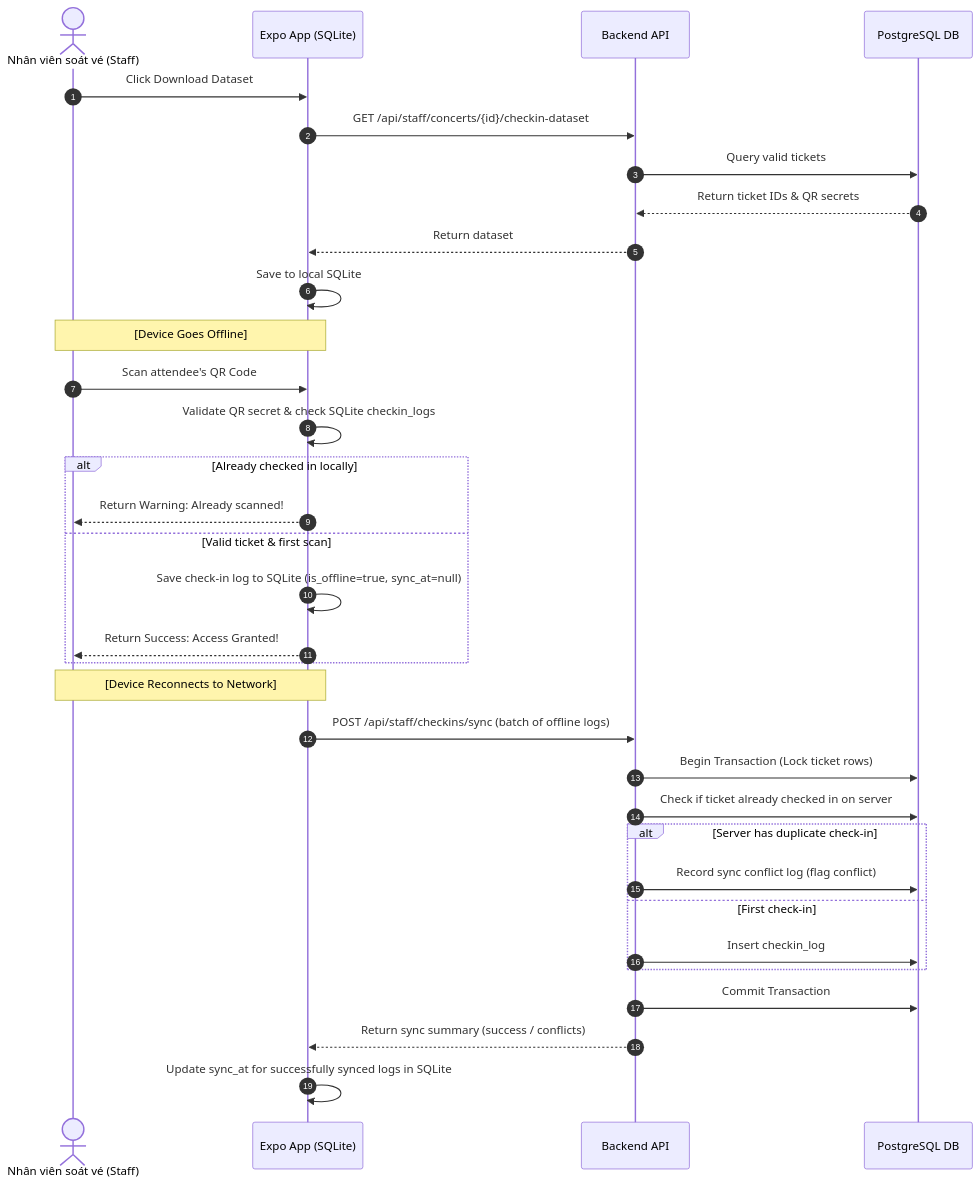
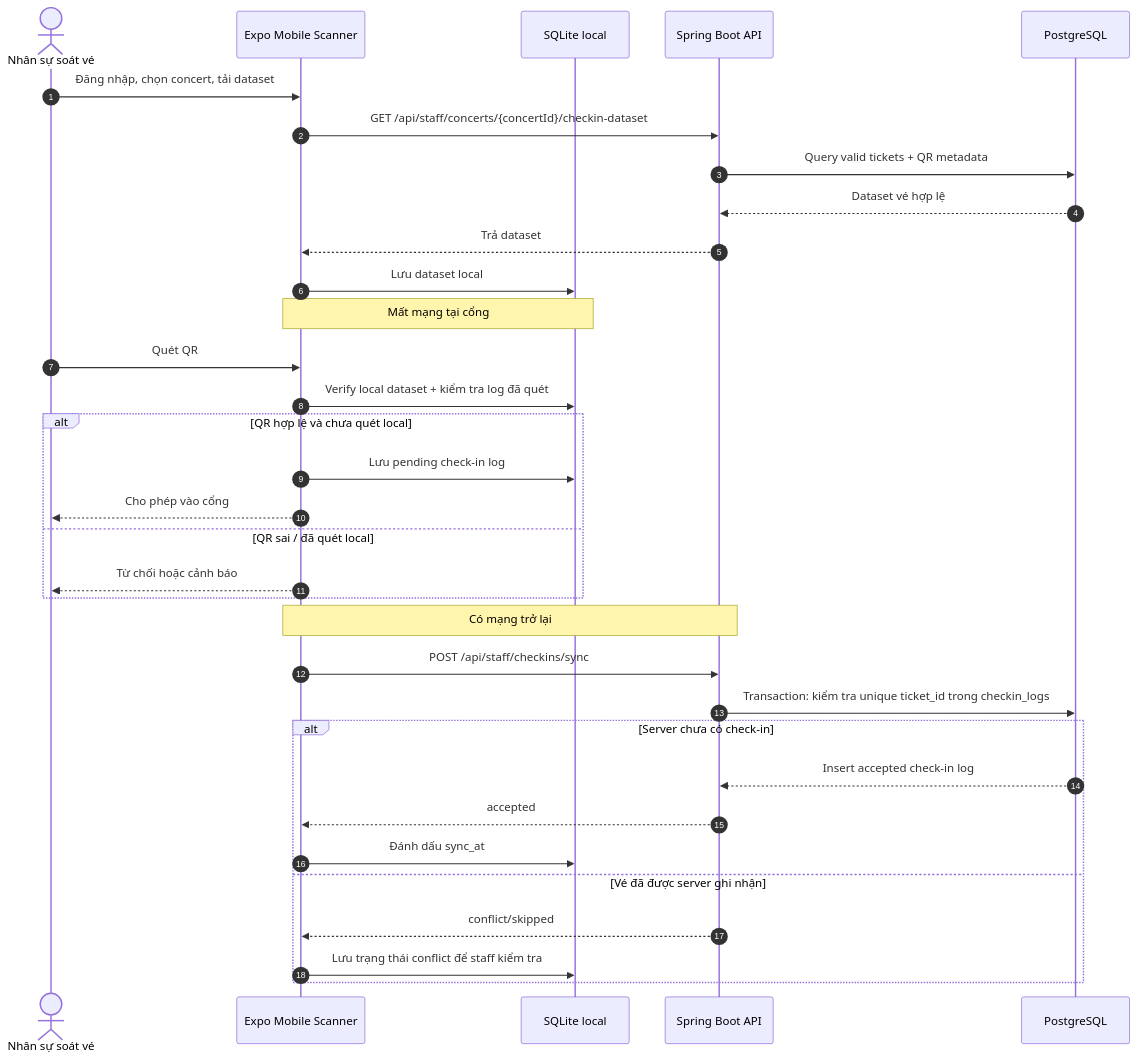
One commit to luc1fe4/ticketbox-modular-monolith changed the fifth of 7 diagrams in blueprint/design.md. Above: the diagram before and after it, drawn with Mermaid. The commit also changed other lines of this file and 8 other files, not shown here.

````diff
--- a/blueprint/design.md
+++ b/blueprint/design.md
@@ -101,40 +434,38 @@
 ```mermaid
 sequenceDiagram
     autonumber
-    actor Staff as Nhân viên soát vé (Staff)
-    participant Mobile as Expo App (SQLite)
-    participant API as Backend API
-    participant DB as PostgreSQL DB
+    actor Staff as Nhân sự soát vé
+    participant Mobile as Expo Mobile Scanner
+    participant SQLite as SQLite local
+    participant API as Spring Boot API
+    participant DB as PostgreSQL
 
-    Staff->>Mobile: Click Download Dataset
-    Mobile->>API: GET /api/staff/concerts/{id}/checkin-dataset
-    API->>DB: Query valid tickets
-    DB-->>API: Return ticket IDs & QR secrets
-    API-->>Mobile: Return dataset
-    Mobile->>Mobile: Save to local SQLite
-    
-    Note over Staff, Mobile: [Device Goes Offline]
-    
-    Staff->>Mobile: Scan attendee's QR Code
-    Mobile->>Mobile: Validate QR secret & check SQLite checkin_logs
-    alt Already checked in locally
-        Mobile-->>Staff: Return Warning: Already scanned!
-    else Valid ticket & first scan
-        Mobile->>Mobile: Save check-in log to SQLite (is_offline=true, sync_at=null)
-        Mobile-->>Staff: Return Success: Access Granted!
+    Staff->>Mobile: Đăng nhập, chọn concert, tải dataset
+    Mobile->>API: GET /api/staff/concerts/{concertId}/checkin-dataset
+    API->>DB: Query valid tickets + QR metadata
+    DB-->>API: Dataset vé hợp lệ
+    API-->>Mobile: Trả dataset
+    Mobile->>SQLite: Lưu dataset local
+
+    Note over Mobile,SQLite: Mất mạng tại cổng
+    Staff->>Mobile: Quét QR
+    Mobile->>SQLite: Verify local dataset + kiểm tra log đã quét
+    alt QR hợp lệ và chưa quét local
+        Mobile->>SQLite: Lưu pending check-in log
+        Mobile-->>Staff: Cho phép vào cổng
+    else QR sai / đã quét local
+        Mobile-->>Staff: Từ chối hoặc cảnh báo
     end
 
-    Note over Staff, Mobile: [Device Reconnects to Network]
-
-    Mobile->>API: POST /api/staff/checkins/sync (batch of offline logs)
-    API->>DB: Begin Transaction (Lock ticket rows)
-    API->>DB: Check if ticket already checked in on server
-    alt Server has duplicate check-in
-        API->>DB: Record sync conflict log (flag conflict)
-    else First check-in
-        API->>DB: Insert checkin_log
+    Note over Mobile,API: Có mạng trở lại
+    Mobile->>API: POST /api/staff/checkins/sync
+    API->>DB: Transaction: kiểm tra unique ticket_id trong checkin_logs
+    alt Server chưa có check-in
+        DB-->>API: Insert accepted check-in log
+        API-->>Mobile: accepted
+        Mobile->>SQLite: Đánh dấu sync_at
+    else Vé đã được server ghi nhận
+        API-->>Mobile: conflict/skipped
+        Mobile->>SQLite: Lưu trạng thái conflict để staff kiểm tra
     end
-    API->>DB: Commit Transaction
-    API-->>Mobile: Return sync summary (success / conflicts)
-    Mobile->>Mobile: Update sync_at for successfully synced logs in SQLite
 ```
````
